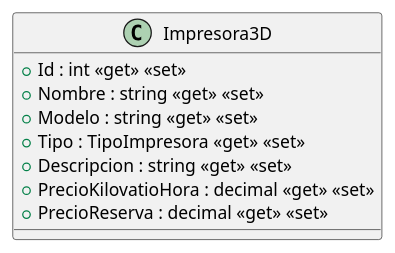
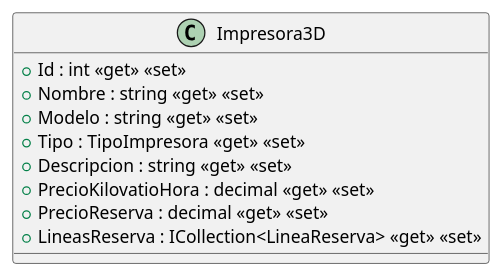
One commit to MiguelAngelBallesteros/ISII2627Print3D changed the diagram in src/AppForSEII.API/ClassDiagram/Impresora3D.puml. Above: the diagram before and after it, drawn with PlantUML. The commit also changed 10 other files, not shown here.

Commit message:
Implementar LineaReserva y completar relaciones de reservas

```diff
--- a/src/AppForSEII.API/ClassDiagram/Impresora3D.puml
+++ b/src/AppForSEII.API/ClassDiagram/Impresora3D.puml
@@ -1,11 +1,12 @@
 @startuml
 class Impresora3D {
     + Id : int <<get>> <<set>>
     + Nombre : string <<get>> <<set>>
     + Modelo : string <<get>> <<set>>
     + Tipo : TipoImpresora <<get>> <<set>>
     + Descripcion : string <<get>> <<set>>
     + PrecioKilovatioHora : decimal <<get>> <<set>>
     + PrecioReserva : decimal <<get>> <<set>>
+    + LineasReserva : ICollection<LineaReserva> <<get>> <<set>>
 }
 @enduml
```
